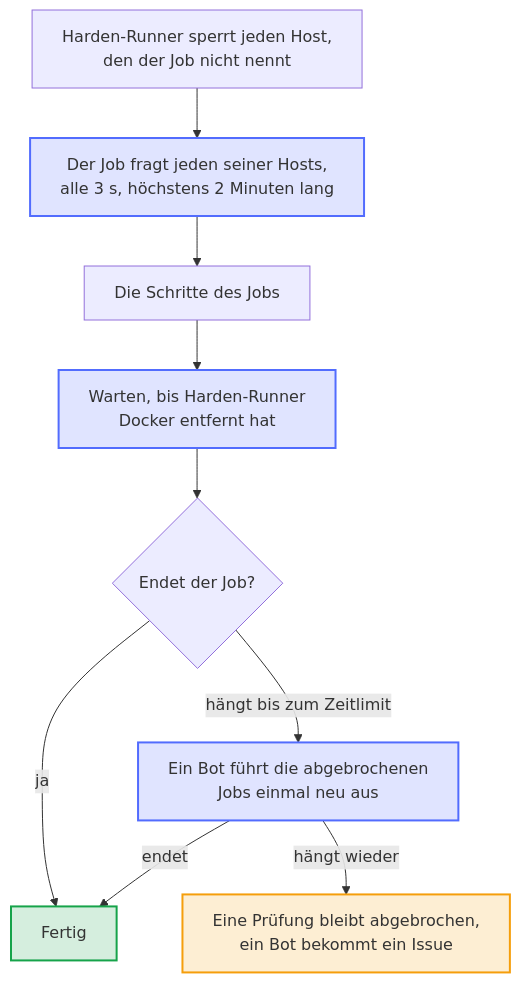
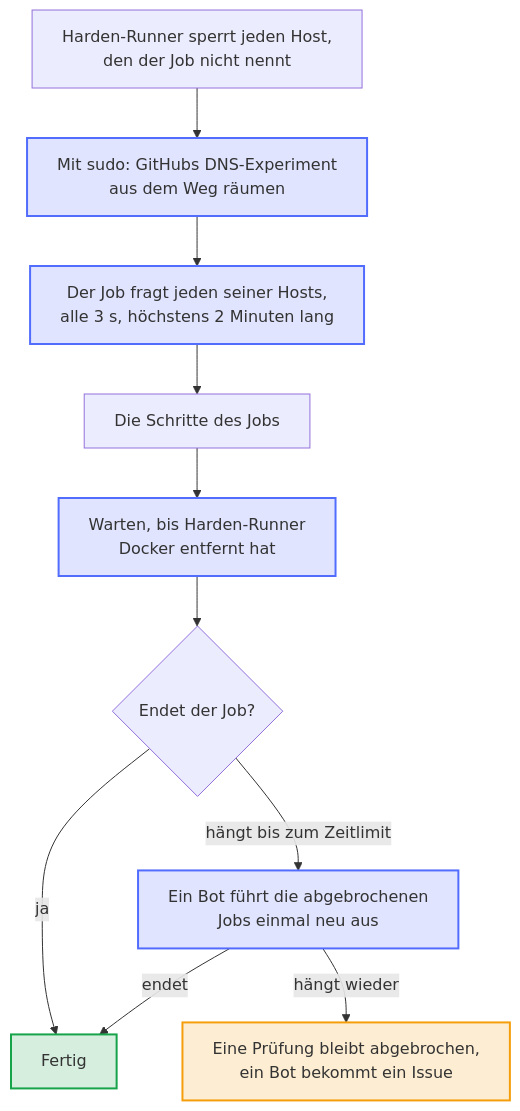
The diagram in docs/diagrams/a-job-behind-harden-runner.de.mmd (Dennis-Otto/repo-blueprint), drawn with Mermaid before and after one commit. The commit also changed 70 other files, not shown here.

First line of the commit message:
fix: Harden-Runner v2.22.4 everywhere, and the screenshot bot lets it see the DNS lookups (#691)

```diff
--- a/docs/diagrams/a-job-behind-harden-runner.de.mmd
+++ b/docs/diagrams/a-job-behind-harden-runner.de.mmd
@@ -1,33 +1,35 @@
 ---
 config:
   flowchart:
     wrappingWidth: 400
 ---
 flowchart TB
     accTitle: Ein Job hinter Harden-Runner
-    accDescr: Harden-Runner sperrt jeden Host, den der Job nicht nennt. Der Job fragt dann alle 3 Sekunden jeden seiner Hosts, höchstens zwei Minuten lang, bis Harden-Runner ihn durchlässt, und führt seine Schritte aus. Ohne sudo und Docker wartet er, bis Harden-Runner Docker entfernt hat. Ein Job, der endet, ist fertig. Einer, der bis zu seinem Zeitlimit hängt, endet abgebrochen, und ein Bot führt seine abgebrochenen Jobs einmal neu aus; hängt das auch, bleibt eine vorgeschriebene Prüfung für dich abgebrochen, und ein Bot bekommt ein Issue.
+    accDescr: Harden-Runner sperrt jeden Host, den der Job nicht nennt. Ein Job, der sudo behält, räumt zuerst GitHubs DNS-Experiment aus dem Weg, damit Harden-Runner seine Abfragen sieht. Der Job fragt dann alle 3 Sekunden jeden seiner Hosts, höchstens zwei Minuten lang, bis Harden-Runner ihn durchlässt, und führt seine Schritte aus. Ohne sudo und Docker wartet er, bis Harden-Runner Docker entfernt hat. Ein Job, der endet, ist fertig. Einer, der bis zu seinem Zeitlimit hängt, endet abgebrochen, und ein Bot führt seine abgebrochenen Jobs einmal neu aus; hängt das auch, bleibt eine vorgeschriebene Prüfung für dich abgebrochen, und ein Bot bekommt ein Issue.
 
     block["Harden-Runner sperrt jeden Host,<br>den der Job nicht nennt"]
+    dns["Mit sudo: GitHubs DNS-Experiment<br>aus dem Weg räumen"]
     warm["Der Job fragt jeden seiner Hosts,<br>alle 3 s, höchstens 2 Minuten lang"]
     steps["Die Schritte des Jobs"]
     docker["Warten, bis Harden-Runner<br>Docker entfernt hat"]
     ends{"Endet der Job?"}
     done["Fertig"]
     again["Ein Bot führt die abgebrochenen<br>Jobs einmal neu aus"]
     you["Eine Prüfung bleibt abgebrochen,<br>ein Bot bekommt ein Issue"]
 
-    block --> warm
+    block --> dns
+    dns --> warm
     warm --> steps
     steps --> docker
     docker --> ends
     ends -- "ja" --> done
     ends -- "hängt bis zum Zeitlimit" --> again
     again -- "endet" --> done
     again -- "hängt wieder" --> you
 
     classDef bot fill:#526cfe2e,stroke:#526cfe,stroke-width:2px
     classDef person fill:#f59e0b2e,stroke:#f59e0b,stroke-width:2px
     classDef done fill:#16a34a2e,stroke:#16a34a,stroke-width:2px
-    class warm,docker,again bot
+    class dns,warm,docker,again bot
     class you person
     class done done
```
